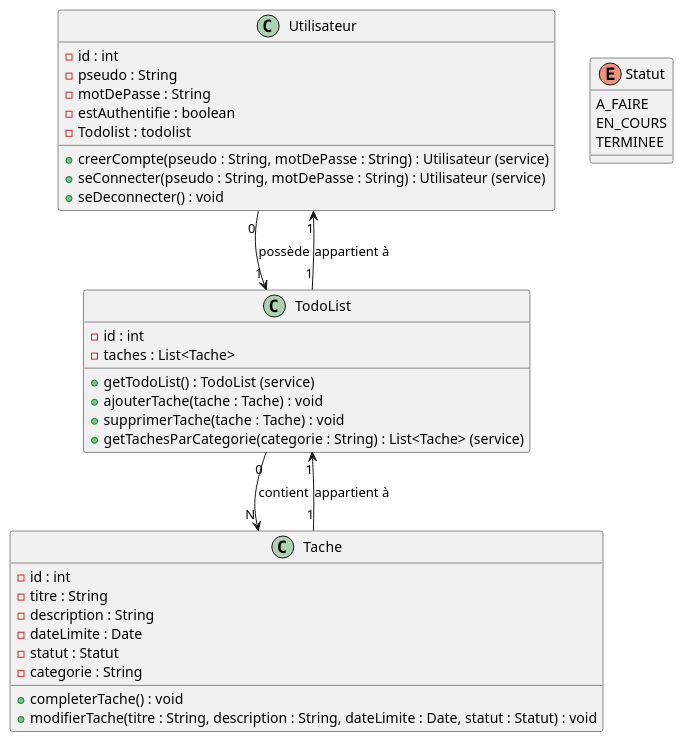
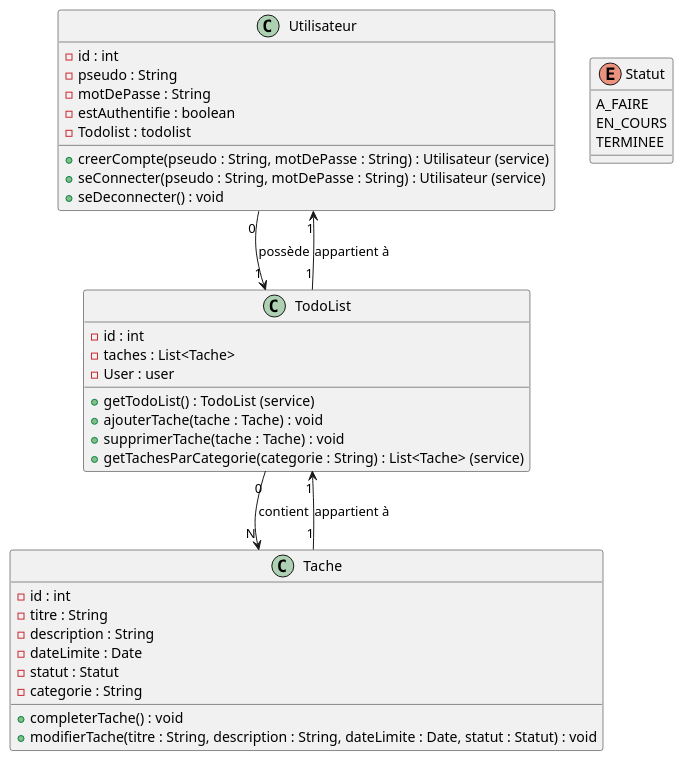
One commit to HoudAlami/TodoApp changed the diagram in src/main/resources/conception/diagramClass/diagramClass.puml. Above: the diagram before and after it, drawn with PlantUML. The commit also changed 14 other files, not shown here.

```diff
--- a/src/main/resources/conception/diagramClass/diagramClass.puml
+++ b/src/main/resources/conception/diagramClass/diagramClass.puml
@@ -1,45 +1,46 @@
 @startuml
 class Utilisateur {
     - id : int
     - pseudo : String
     - motDePasse : String
     - estAuthentifie : boolean
     - Todolist : todolist
     + creerCompte(pseudo : String, motDePasse : String) : Utilisateur (service)
     + seConnecter(pseudo : String, motDePasse : String) : Utilisateur (service)
     + seDeconnecter() : void
 
 }
 
 class TodoList {
     - id : int
     - taches : List<Tache>
+    - User : user
     + getTodoList() : TodoList (service)
     + ajouterTache(tache : Tache) : void
     + supprimerTache(tache : Tache) : void
     + getTachesParCategorie(categorie : String) : List<Tache> (service)
 }
 
 class Tache {
     - id : int
     - titre : String
     - description : String
     - dateLimite : Date
     - statut : Statut
     - categorie : String
     + completerTache() : void
     + modifierTache(titre : String, description : String, dateLimite : Date, statut : Statut) : void
 }
 
 enum Statut {
     A_FAIRE
     EN_COURS
     TERMINEE
 }
 
 Utilisateur "0" --> "1" TodoList : possède
 TodoList "1" --> "1" Utilisateur : appartient à
 TodoList "0" --> "N" Tache : contient
 Tache "1" --> "1" TodoList : appartient à
 
 @enduml
```
